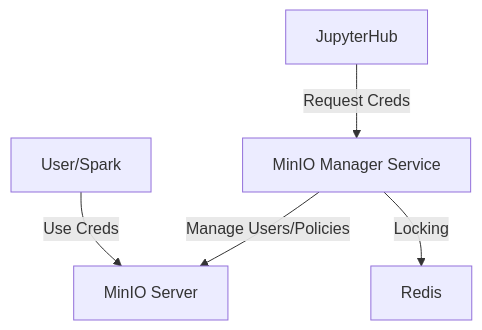
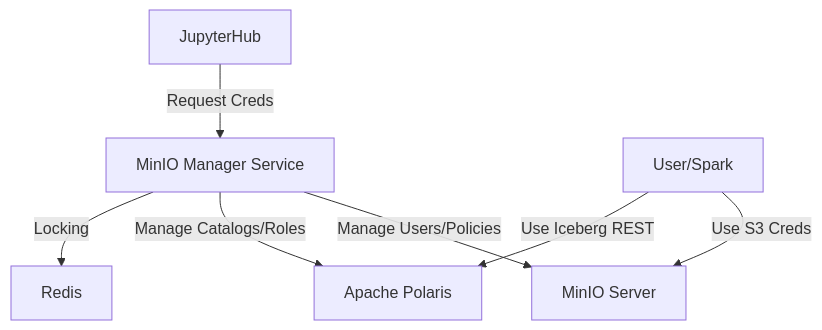
One commit to BERDataLakehouse/berdl_docs changed the diagram in services/minio-manager-service.md. Above: the diagram before and after it, drawn with Mermaid. The commit also changed other lines of this file and 17 other files, not shown here.

````diff
--- a/services/minio-manager-service.md
+++ b/services/minio-manager-service.md
@@ -23,8 +24,10 @@
 ```mermaid
 graph TD
     JH[JupyterHub] -->|Request Creds| MMS[MinIO Manager Service]
     MMS -->|Manage Users/Policies| MIN[MinIO Server]
+    MMS -->|Manage Catalogs/Roles| POL[Apache Polaris]
     MMS -->|Locking| REDIS[Redis]
     
-    User[User/Spark] -->|Use Creds| MIN
+    User[User/Spark] -->|Use S3 Creds| MIN
+    User -->|Use Iceberg REST| POL
 ```
````
